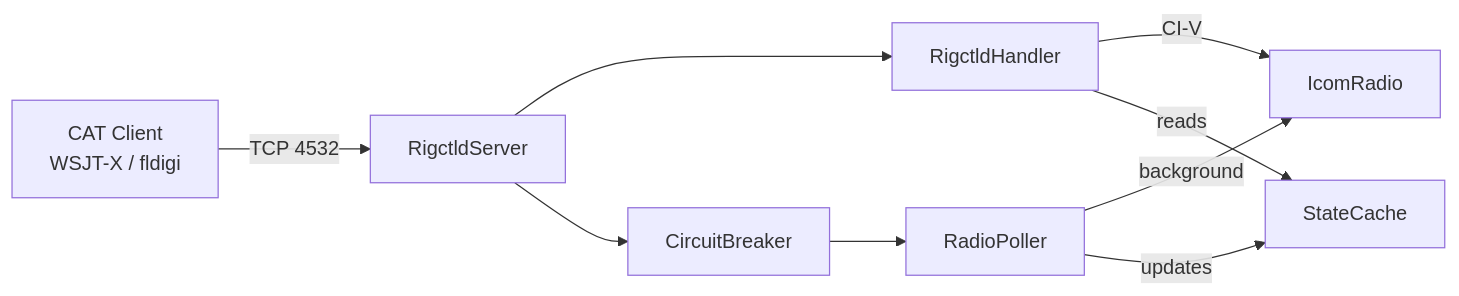
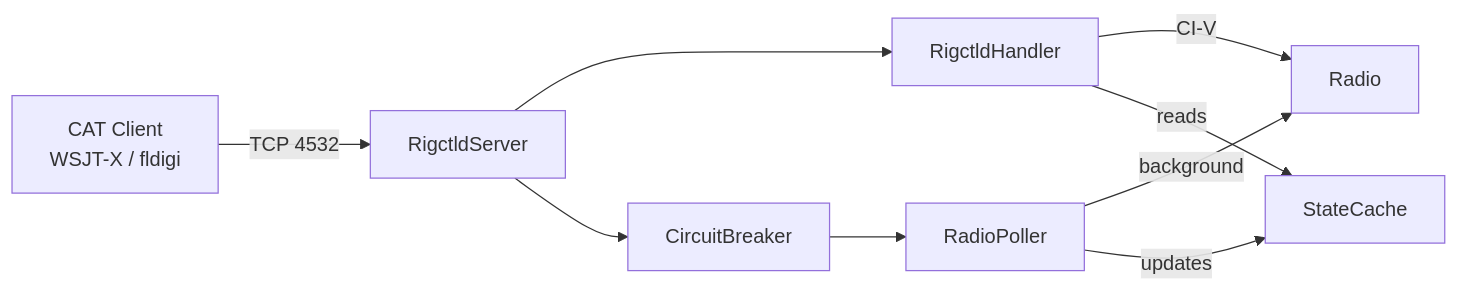
The first of 2 diagrams in docs/api/rigctld.md (morozsm/icom-lan), drawn with Mermaid before and after one commit. The commit also changed other lines of this file and 56 other files, not shown here.

````diff
--- a/docs/api/rigctld.md
+++ b/docs/api/rigctld.md
@@ -11,11 +11,11 @@
 ```mermaid
 graph LR
     A[CAT Client\nWSJT-X / fldigi] -->|TCP 4532| B[RigctldServer]
     B --> C[RigctldHandler]
-    C -->|CI-V| D[IcomRadio]
+    C -->|CI-V| D[Radio]
     E[RadioPoller] -->|background| D
     E -->|updates| F[StateCache]
     C -->|reads| F
     B --> G[CircuitBreaker]
     G --> E
 ```
````
